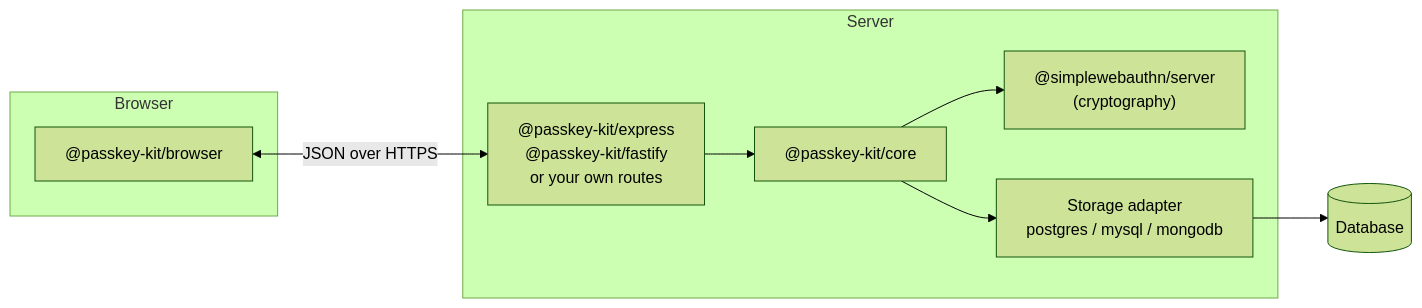
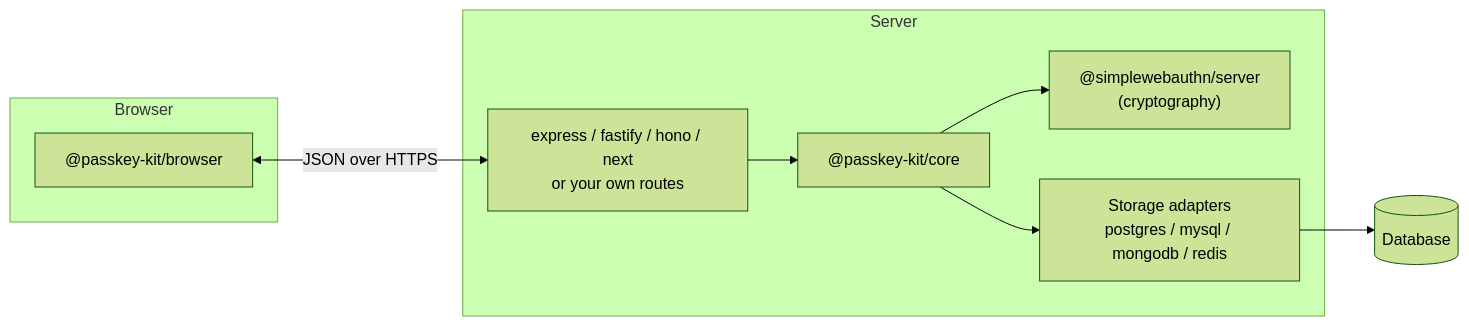
One commit to Rukshan2000/passkey-kit changed the first of 3 diagrams in README.md. Above: the diagram before and after it, drawn with Mermaid (forest theme). The commit also changed other lines of this file and 54 other files, not shown here.

First line of the commit message:
v0.2.0: developer features, Hono and Next.js integrations, Redis store, multi-tenant, related origins, authenticator allowlists

````diff
--- a/README.md
+++ b/README.md
@@ -63,13 +81,13 @@
 ```mermaid
 flowchart LR
   subgraph Browser
     B["@passkey-kit/browser"]
   end
   subgraph Server
-    F["@passkey-kit/express<br/>@passkey-kit/fastify<br/>or your own routes"] --> C["@passkey-kit/core"]
+    F["express / fastify / hono / next<br/>or your own routes"] --> C["@passkey-kit/core"]
     C --> S["@simplewebauthn/server<br/>(cryptography)"]
-    C --> A["Storage adapter<br/>postgres / mysql / mongodb"]
+    C --> A["Storage adapters<br/>postgres / mysql / mongodb / redis"]
   end
   B <-- "JSON over HTTPS" --> F
   A --> DB[(Database)]
 ```
````
